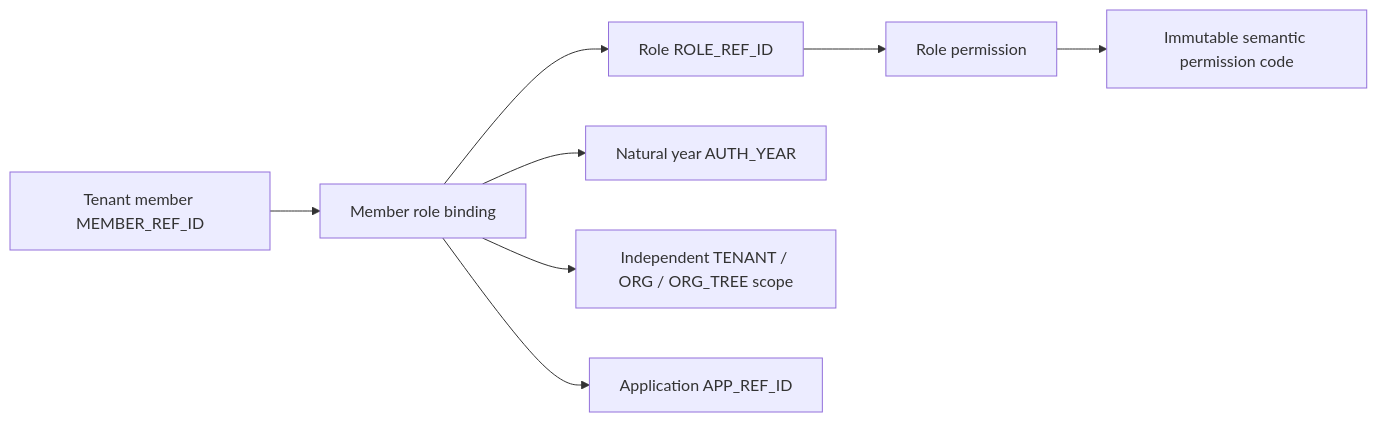
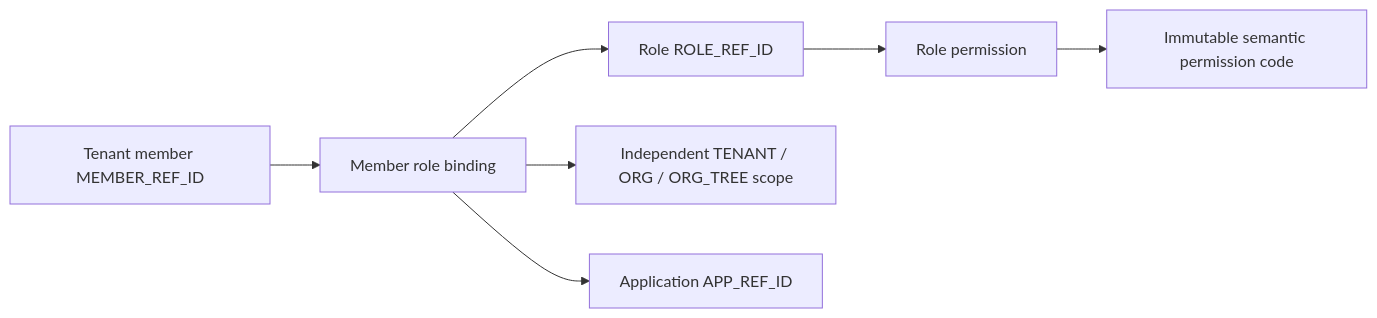
One commit to Ryan-Guizhou/peach-cloud changed the third of 5 diagrams in peach-auth/README.en-US.md. Above: the diagram before and after it, drawn with Mermaid. The commit also changed other lines of this file and 5 other files, not shown here.

Commit message:
docs(auth): align six Chinese and English module READMEs with year-free SaaS contracts (#234)

````diff
--- a/peach-auth/README.en-US.md
+++ b/peach-auth/README.en-US.md
@@ -140,10 +140,9 @@
 ```mermaid
 flowchart LR
     M[Tenant member MEMBER_REF_ID] --> B[Member role binding]
     B --> R[Role ROLE_REF_ID]
     R --> RP[Role permission]
     RP --> P[Immutable semantic permission code]
-    B --> Y[Natural year AUTH_YEAR]
     B --> S[Independent TENANT / ORG / ORG_TREE scope]
     B --> A[Application APP_REF_ID]
 ```
````
